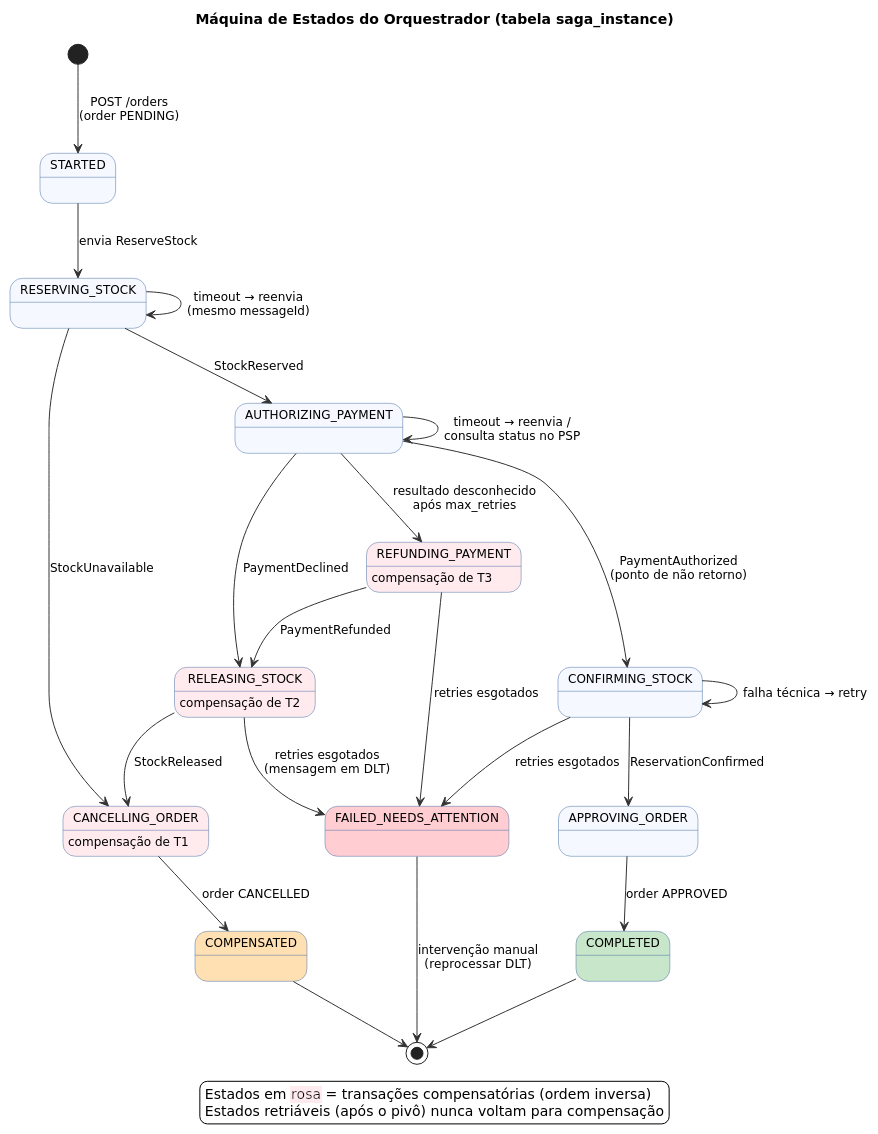
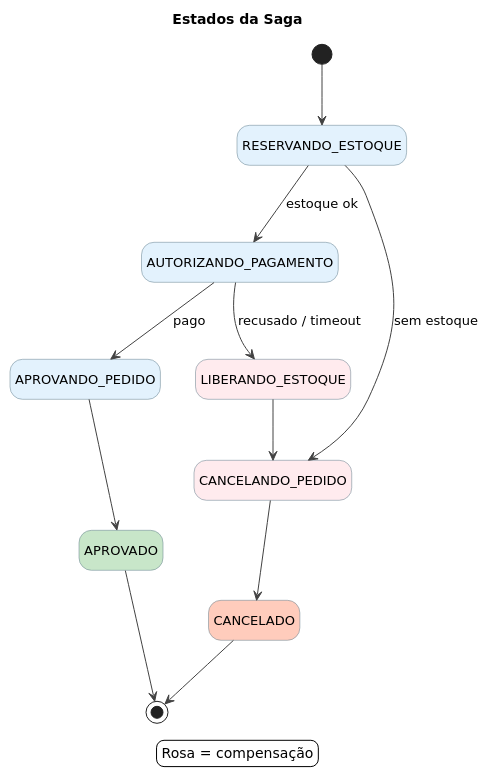
Before and after one commit to GBertonsin/saga-pattern-ecommerce: the diagram in diagrams/saga-state-machine.puml, drawn with PlantUML. The commit also changed 15 other files, not shown here.

Commit message:
Simplifica diagramas e adiciona fluxo de timeout no pagamento

```diff
--- a/diagrams/saga-state-machine.puml
+++ b/diagrams/saga-state-machine.puml
@@ -1,52 +1,37 @@
 @startuml saga-state-machine
 skinparam backgroundColor #FFFFFF
 skinparam defaultFontName "DejaVu Sans"
-skinparam defaultFontSize 12
+skinparam defaultFontSize 13
 skinparam shadowing false
 skinparam state {
-  BackgroundColor #F5F9FF
-  BorderColor #4A6FA5
-  ArrowColor #333333
+  BackgroundColor #E3F2FD
+  BorderColor #607D8B
+  ArrowColor #424242
 }
+hide empty description
 
-title Máquina de Estados do Orquestrador (tabela saga_instance)
+title Estados da Saga
 
-[*] --> STARTED : POST /orders\n(order PENDING)
-STARTED --> RESERVING_STOCK : envia ReserveStock
-RESERVING_STOCK --> AUTHORIZING_PAYMENT : StockReserved
-RESERVING_STOCK --> CANCELLING_ORDER : StockUnavailable
-RESERVING_STOCK --> RESERVING_STOCK : timeout → reenvia\n(mesmo messageId)
+[*] --> RESERVANDO_ESTOQUE
+RESERVANDO_ESTOQUE --> AUTORIZANDO_PAGAMENTO : estoque ok
+RESERVANDO_ESTOQUE --> CANCELANDO_PEDIDO : sem estoque
 
-AUTHORIZING_PAYMENT --> CONFIRMING_STOCK : PaymentAuthorized\n(ponto de não retorno)
-AUTHORIZING_PAYMENT --> RELEASING_STOCK : PaymentDeclined
-AUTHORIZING_PAYMENT --> AUTHORIZING_PAYMENT : timeout → reenvia /\nconsulta status no PSP
-AUTHORIZING_PAYMENT --> REFUNDING_PAYMENT : resultado desconhecido\napós max_retries
+AUTORIZANDO_PAGAMENTO --> APROVANDO_PEDIDO : pago
+AUTORIZANDO_PAGAMENTO --> LIBERANDO_ESTOQUE : recusado / timeout
 
-REFUNDING_PAYMENT --> RELEASING_STOCK : PaymentRefunded
-RELEASING_STOCK --> CANCELLING_ORDER : StockReleased
-CANCELLING_ORDER --> COMPENSATED : order CANCELLED
+LIBERANDO_ESTOQUE --> CANCELANDO_PEDIDO
+CANCELANDO_PEDIDO --> CANCELADO
+APROVANDO_PEDIDO --> APROVADO
 
-CONFIRMING_STOCK --> APPROVING_ORDER : ReservationConfirmed
-CONFIRMING_STOCK --> CONFIRMING_STOCK : falha técnica → retry
-APPROVING_ORDER --> COMPLETED : order APPROVED
+APROVADO --> [*]
+CANCELADO --> [*]
 
-COMPLETED --> [*]
-COMPENSATED --> [*]
-
-RELEASING_STOCK --> FAILED_NEEDS_ATTENTION : retries esgotados\n(mensagem em DLT)
-REFUNDING_PAYMENT --> FAILED_NEEDS_ATTENTION : retries esgotados
-CONFIRMING_STOCK --> FAILED_NEEDS_ATTENTION : retries esgotados
-FAILED_NEEDS_ATTENTION --> [*] : intervenção manual\n(reprocessar DLT)
-
-state COMPLETED #C8E6C9
-state COMPENSATED #FFE0B2
-state FAILED_NEEDS_ATTENTION #FFCDD2
-state REFUNDING_PAYMENT #FFEBEE : compensação de T3
-state RELEASING_STOCK #FFEBEE : compensação de T2
-state CANCELLING_ORDER #FFEBEE : compensação de T1
+state LIBERANDO_ESTOQUE #FFEBEE
+state CANCELANDO_PEDIDO #FFEBEE
+state APROVADO #C8E6C9
+state CANCELADO #FFCCBC
 
 legend bottom
-  Estados em <back:#FFEBEE>rosa</back> = transações compensatórias (ordem inversa)
-  Estados retriáveis (após o pivô) nunca voltam para compensação
+  Rosa = compensação
 endlegend
 @enduml
```
